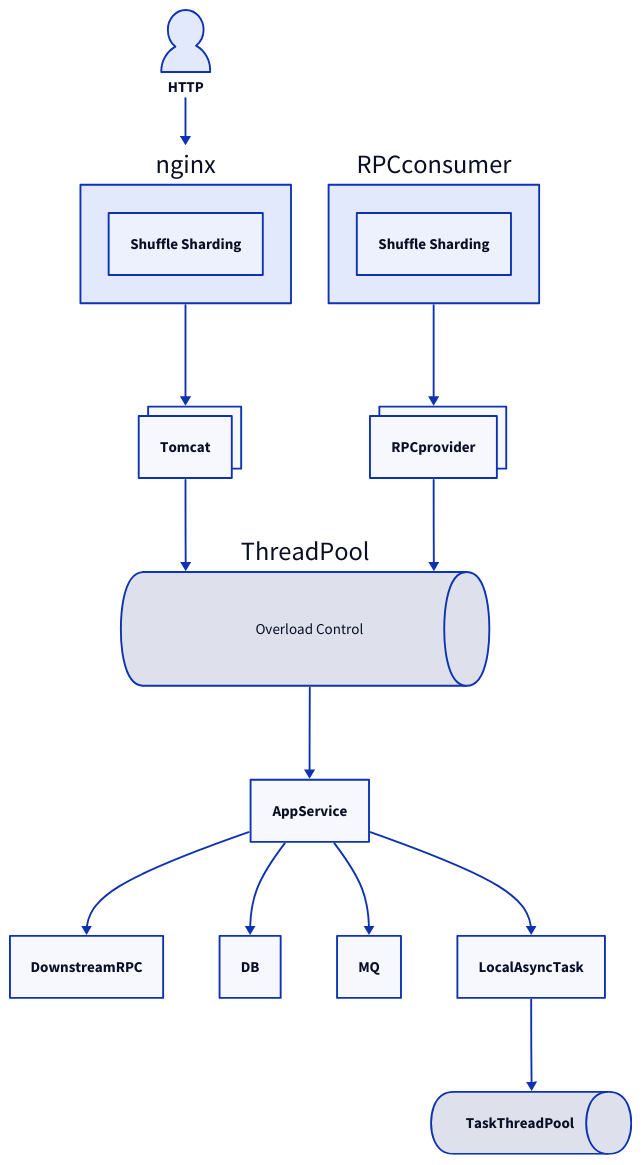
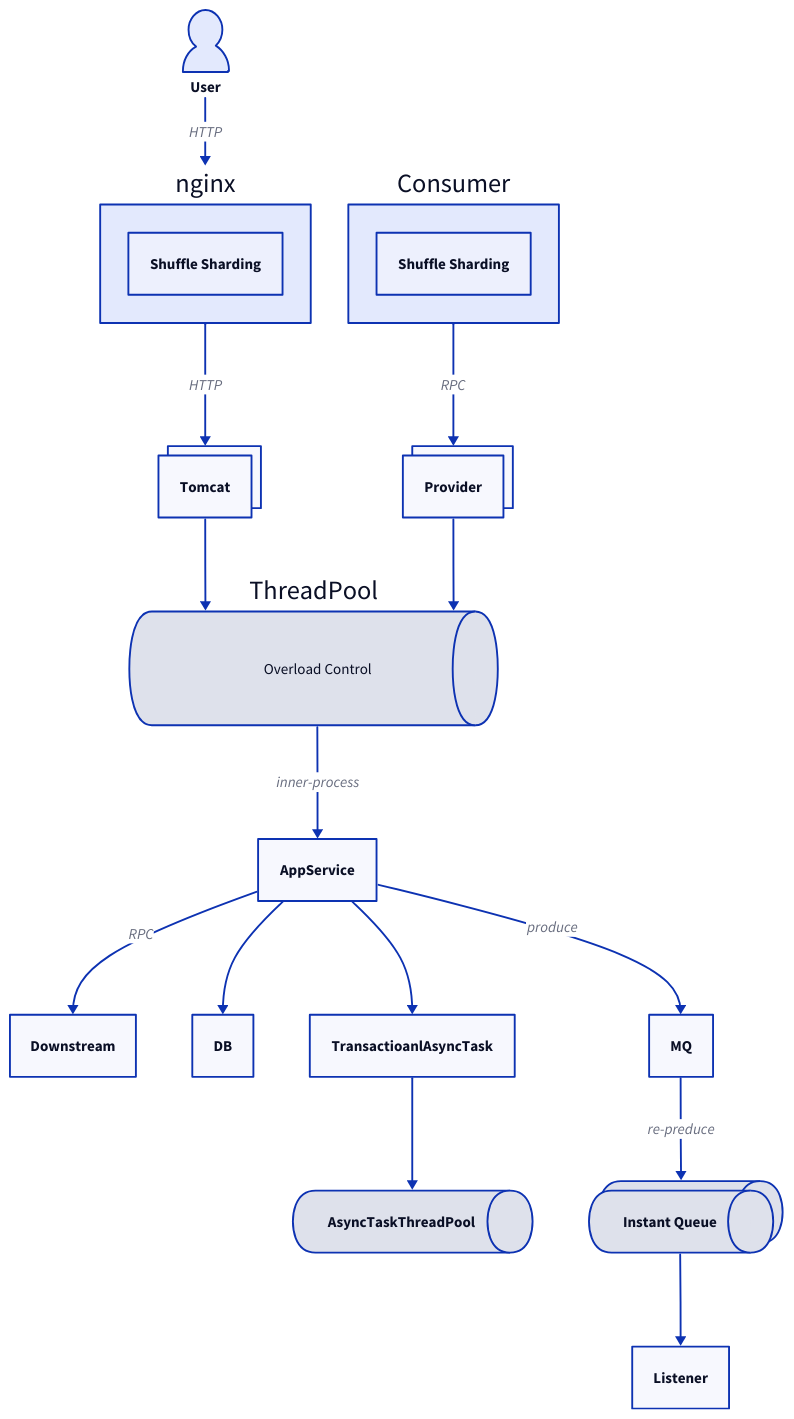
One commit to funkygao/workload-pattern changed the diagram in assets/bigpicture.d2. Above: the diagram before and after it, drawn with D2. The commit also changed 1 other file, not shown here.

```diff
--- a/assets/bigpicture.d2
+++ b/assets/bigpicture.d2
@@ -1,34 +1,42 @@
-HTTP -> nginx -> Tomcat
+User -> nginx: HTTP
+nginx -> Tomcat: HTTP
 nginx: {
   Shuffle Sharding
 }
 Tomcat: {
   style.multiple: true
 }
-HTTP: {
+User: {
   shape: person
 }
-RPCconsumer -> RPCprovider
-RPCprovider: {
+Consumer -> Provider: RPC
+Provider: {
   style.multiple: true
 }
-RPCconsumer: {
+Consumer: {
   Shuffle Sharding
 }
 ThreadPool: {
   shape: queue
   Overload Control: {
     shape: text
   }
 }
 Tomcat -> ThreadPool
-RPCprovider -> ThreadPool
-ThreadPool -> AppService
-AppService -> DownstreamRPC
+Provider -> ThreadPool
+ThreadPool -> AppService: inner-process
+AppService -> Downstream: RPC
 AppService -> DB
-AppService -> MQ
-AppService -> LocalAsyncTask
-LocalAsyncTask -> TaskThreadPool
-TaskThreadPool: {
+AppService -> MQ: produce
+AppService -> TransactioanlAsyncTask
+TransactioanlAsyncTask -> AsyncTaskThreadPool
+AsyncTaskThreadPool: {
   shape: queue
 }
+
+MQ -> Instant Queue: re-preduce
+Instant Queue: {
+  shape: queue
+  style.multiple: true
+}
+Instant Queue -> Listener
```
